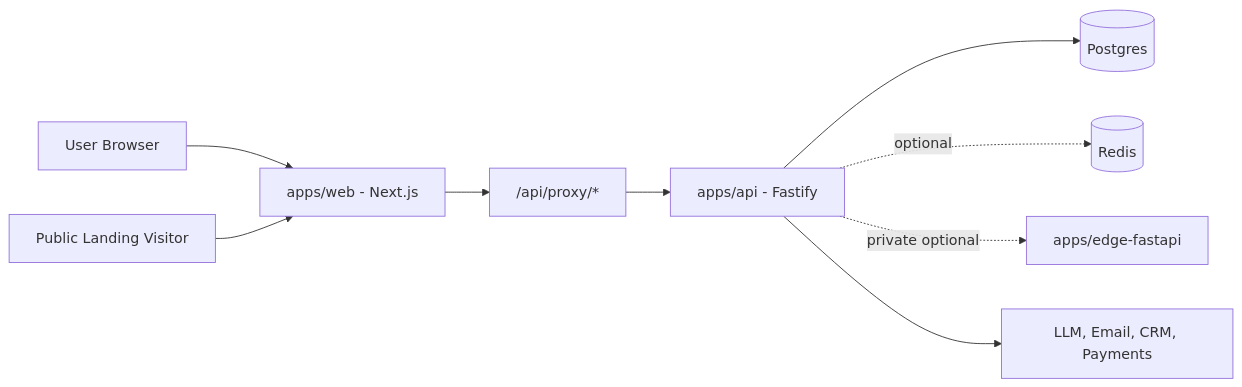
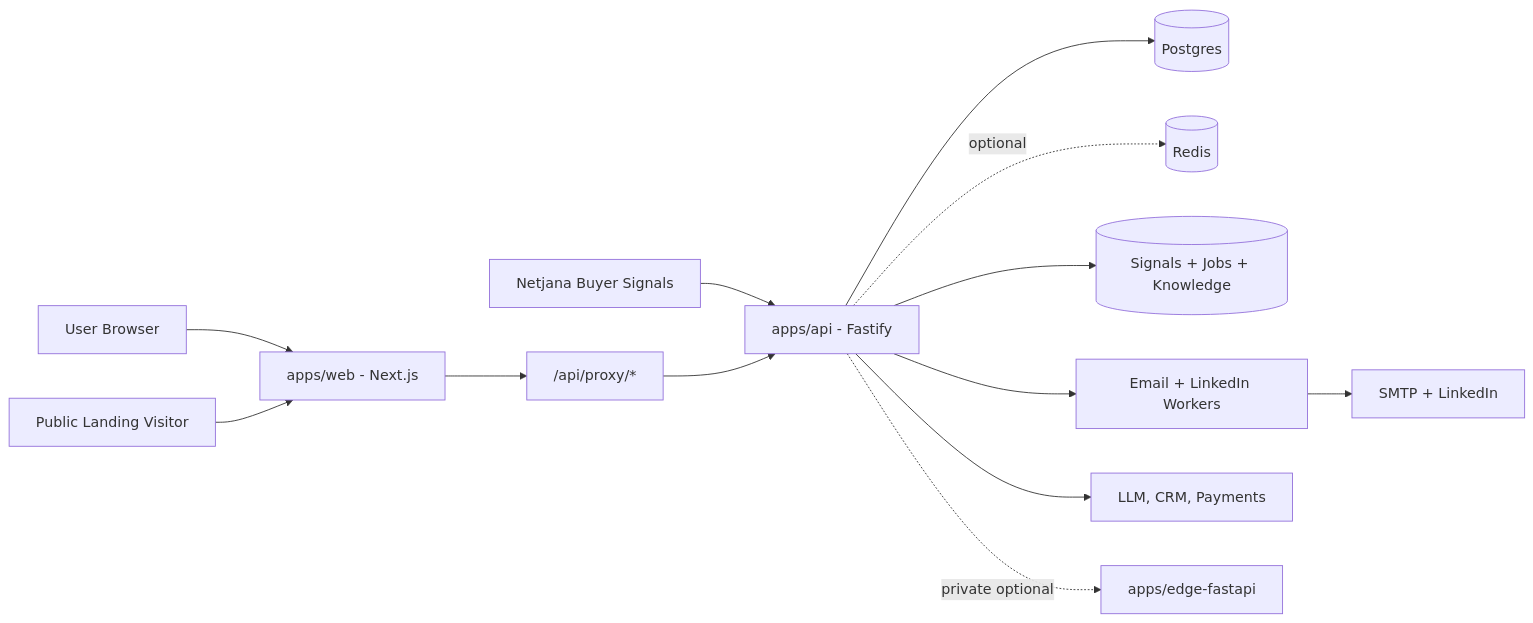
One commit to Convospanai-outreach/fullstack changed the diagram in README.md. Above: the diagram before and after it, drawn with Mermaid. The commit also changed other lines of this file and 6 other files, not shown here.

Commit message:
Show Netjana signal architecture flows

````diff
--- a/README.md
+++ b/README.md
@@ -21,11 +21,15 @@
 ```mermaid
 flowchart LR
     Browser[User Browser] --> Web[apps/web - Next.js]
     Visitor[Public Landing Visitor] --> Web
+    Netjana[Netjana Buyer Signals] --> API[apps/api - Fastify]
     Web --> Proxy["/api/proxy/*"]
     Proxy --> API[apps/api - Fastify]
     API --> Postgres[(Postgres)]
     API -. optional .-> Redis[(Redis)]
+    API --> Signals[(Signals + Jobs + Knowledge)]
+    API --> Channels[Email + LinkedIn Workers]
+    API --> Providers[LLM, CRM, Payments]
+    Channels --> ChannelProviders[SMTP + LinkedIn]
     API -. private optional .-> Edge[apps/edge-fastapi]
-    API --> Providers[LLM, Email, CRM, Payments]
 ```
````
